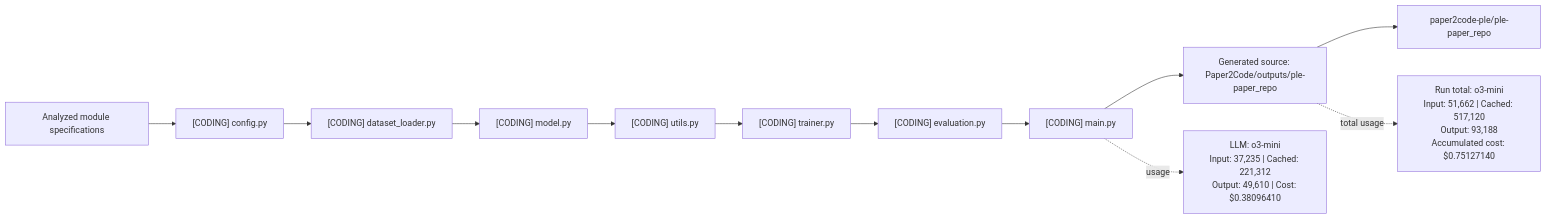
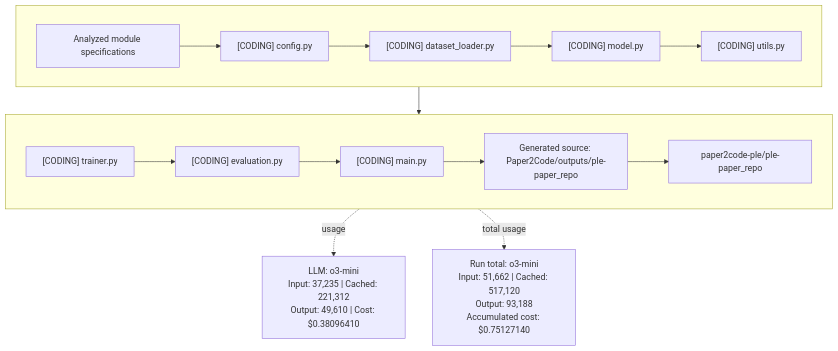
Before and after one commit to jimthompson5802/paper2code-ple: the fourth of 5 diagrams in README.md, drawn with Mermaid. The commit also changed other lines of this file, not shown here.

Commit message:
Refactor flowcharts in README.md for improved clarity and organization

````diff
--- a/README.md
+++ b/README.md
@@ -101,9 +115,16 @@
 ```mermaid
-flowchart LR
-  input[Analyzed module specifications] --> cfg["[CODING] config.py"] --> loader["[CODING] dataset_loader.py"] --> model["[CODING] model.py"] --> utils["[CODING] utils.py"] --> trainer["[CODING] trainer.py"] --> evaluation["[CODING] evaluation.py"] --> main["[CODING] main.py"]
-  main --> generated[Generated source: Paper2Code/outputs/ple-paper_repo] --> implementation[paper2code-ple/ple-paper_repo]
+flowchart TB
+  subgraph coding_top[" "]
+    direction LR
+    input[Analyzed module specifications] --> cfg["[CODING] config.py"] --> loader["[CODING] dataset_loader.py"] --> model["[CODING] model.py"] --> utils["[CODING] utils.py"]
+  end
+  subgraph coding_bottom[" "]
+    direction LR
+    trainer["[CODING] trainer.py"] --> evaluation["[CODING] evaluation.py"] --> main["[CODING] main.py"] --> generated[Generated source: Paper2Code/outputs/ple-paper_repo] --> implementation[paper2code-ple/ple-paper_repo]
+  end
+  utils --> trainer
   coding_usage["LLM: o3-mini<br/>Input: 37,235 | Cached: 221,312<br/>Output: 49,610 | Cost: $0.38096410"]
   main -. usage .-> coding_usage
   total_usage["Run total: o3-mini<br/>Input: 51,662 | Cached: 517,120<br/>Output: 93,188<br/>Accumulated cost: $0.75127140"]
   generated -. total usage .-> total_usage
 ```
````
